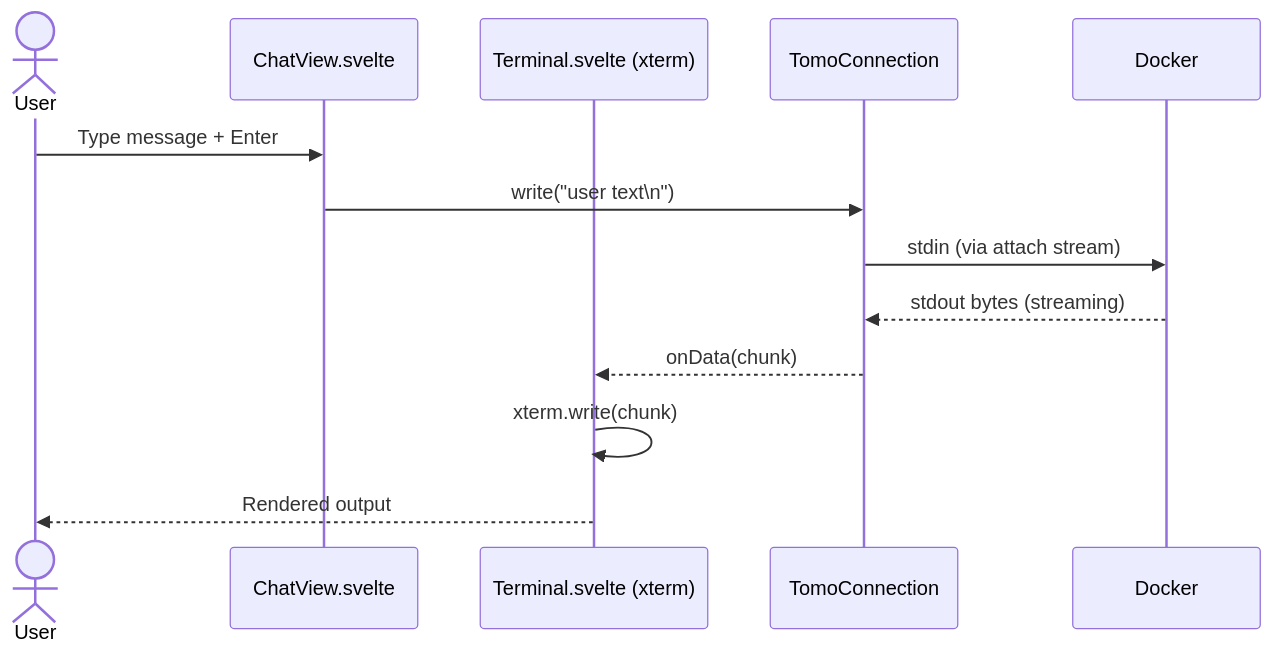
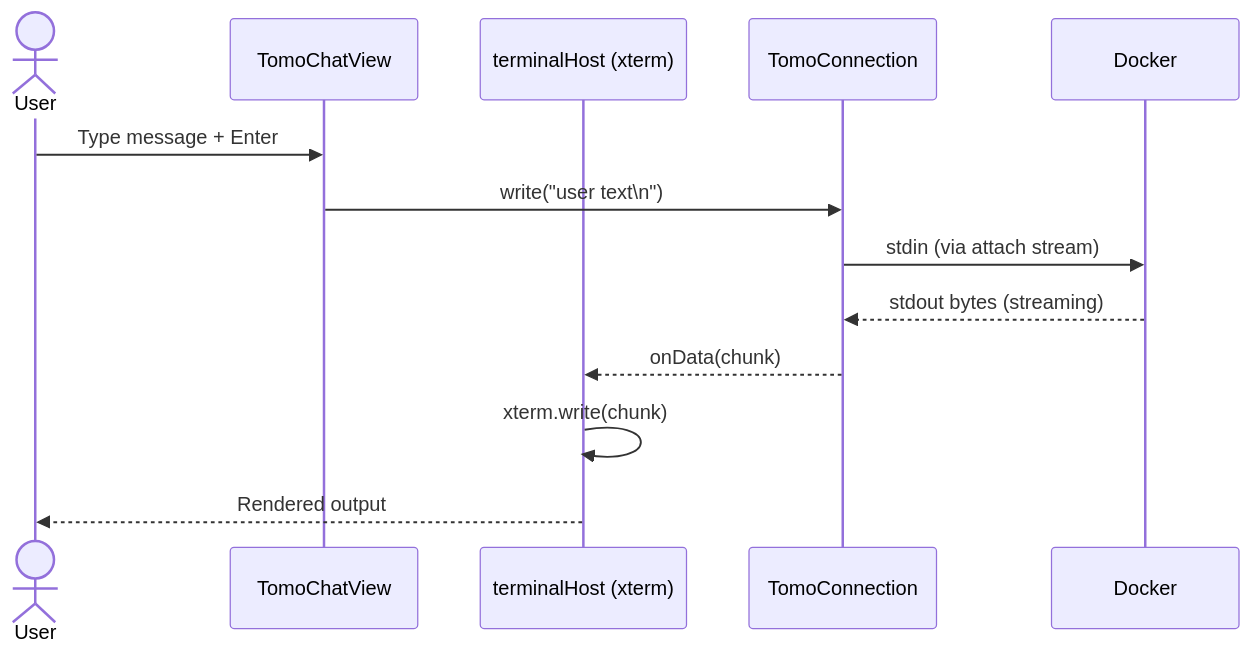
The fourth of 7 diagrams in docs/XDD/specs/001-session-view/solution.md (MMoMM-org/miyo-tomo-hashi), drawn with Mermaid before and after one commit. The commit also changed other lines of this file and 19 other files, not shown here.

````diff
--- a/docs/XDD/specs/001-session-view/solution.md
+++ b/docs/XDD/specs/001-session-view/solution.md
@@ -736,16 +639,16 @@
 ```mermaid
 sequenceDiagram
     actor User
-    participant V as ChatView.svelte
-    participant T as Terminal.svelte (xterm)
+    participant V as TomoChatView
+    participant T as terminalHost (xterm)
     participant C as TomoConnection
     participant Docker
 
     User->>V: Type message + Enter
     V->>C: write("user text\n")
     C->>Docker: stdin (via attach stream)
     Docker-->>C: stdout bytes (streaming)
     C-->>T: onData(chunk)
     T->>T: xterm.write(chunk)
     T-->>User: Rendered output
 ```
````
